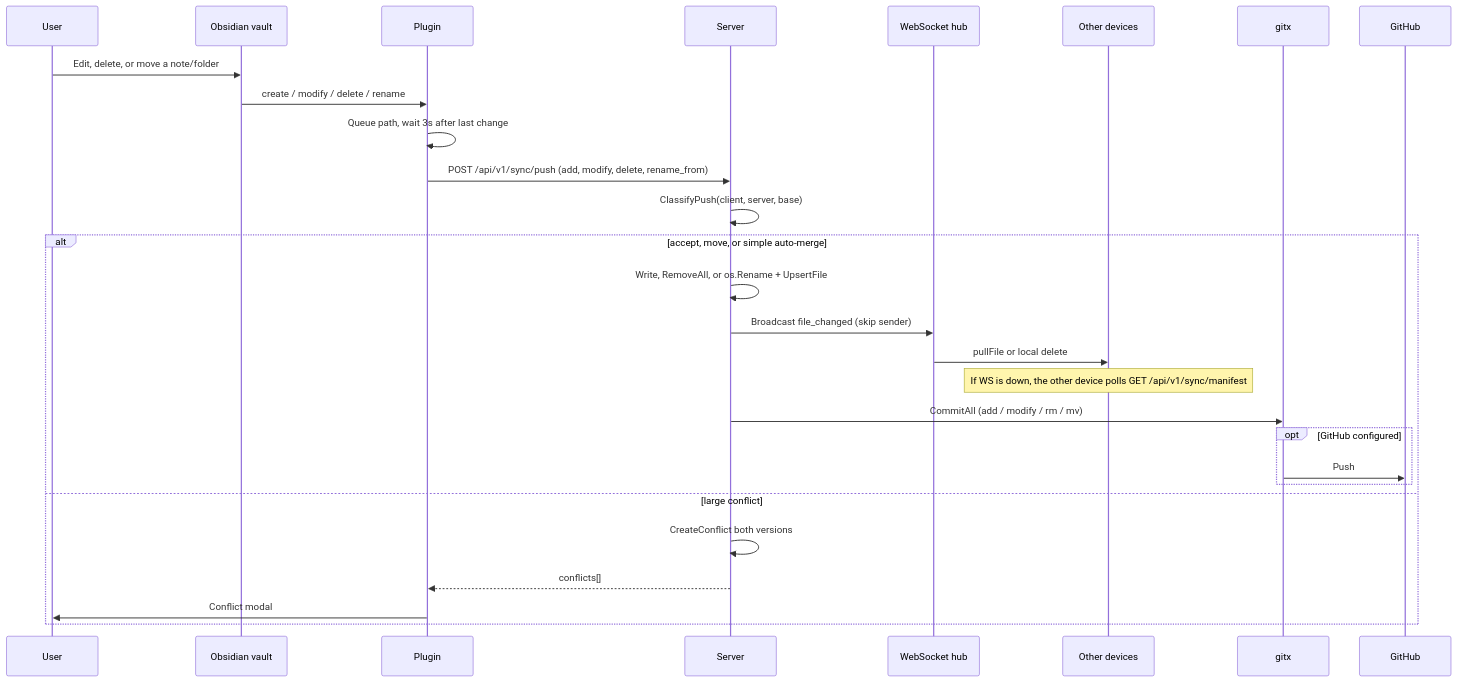
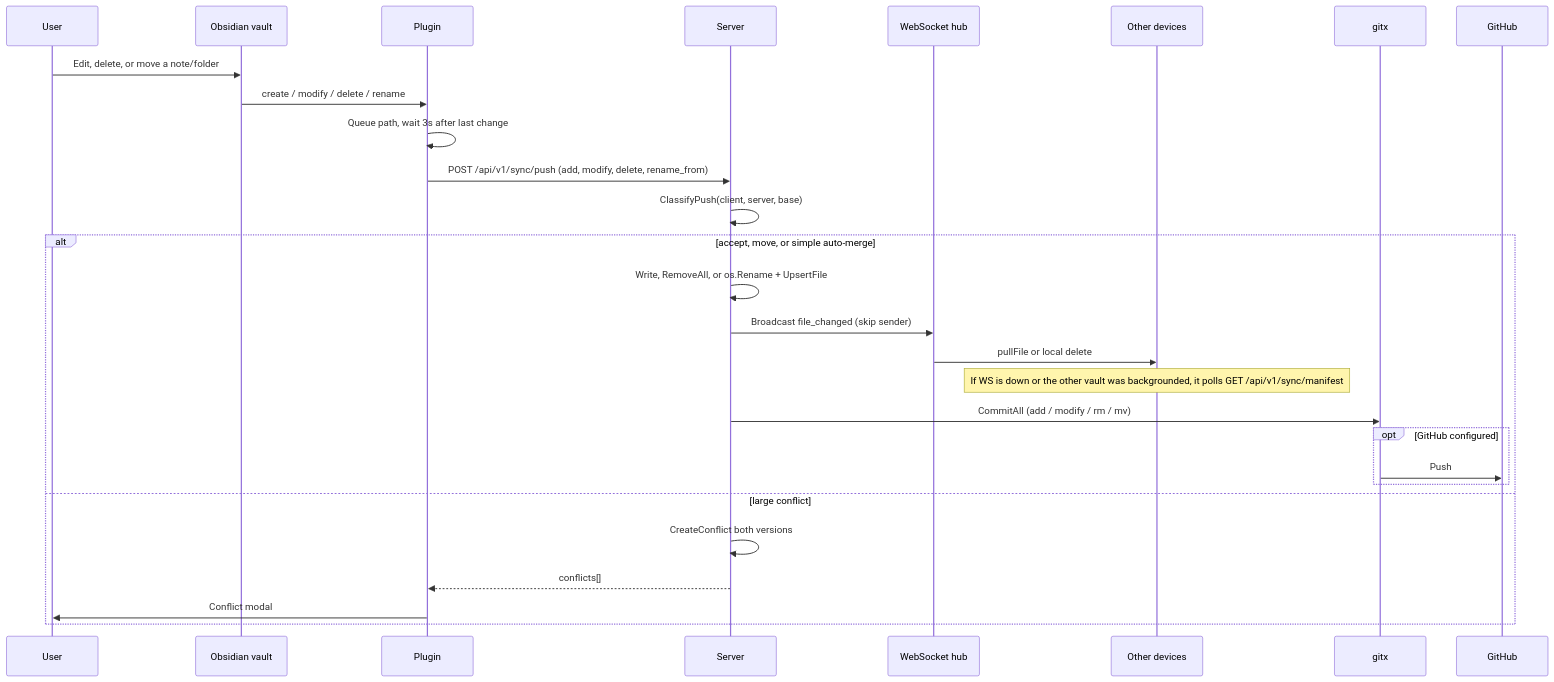
Before and after one commit to shangeethsivan/Syncidian: the sixth of 13 diagrams in docs/architecture.md, drawn with Mermaid. The commit also changed other lines of this file and 5 other files, not shown here.

First line of the commit message:
Sync the vault when Obsidian returns to the foreground.

````diff
--- a/docs/architecture.md
+++ b/docs/architecture.md
@@ -220,31 +223,31 @@
 ```mermaid
 sequenceDiagram
   participant User
   participant Vault as Obsidian vault
   participant Plugin as Plugin
   participant API as Server
   participant Hub as WebSocket hub
   participant Other as Other devices
   participant Git as gitx
   participant GH as GitHub
 
   User->>Vault: Edit, delete, or move a note/folder
   Vault->>Plugin: create / modify / delete / rename
   Plugin->>Plugin: Queue path, wait 3s after last change
   Plugin->>API: POST /api/v1/sync/push (add, modify, delete, rename_from)
   API->>API: ClassifyPush(client, server, base)
   alt accept, move, or simple auto-merge
     API->>API: Write, RemoveAll, or os.Rename + UpsertFile
     API->>Hub: Broadcast file_changed (skip sender)
     Hub->>Other: pullFile or local delete
-    Note over Other: If WS is down, the other device polls GET /api/v1/sync/manifest
+    Note over Other: If WS is down or the other vault was backgrounded, it polls GET /api/v1/sync/manifest
     API->>Git: CommitAll (add / modify / rm / mv)
     opt GitHub configured
       Git->>GH: Push
     end
   else large conflict
     API->>API: CreateConflict both versions
     API-->>Plugin: conflicts[]
     Plugin->>User: Conflict modal
   end
 ```
````
